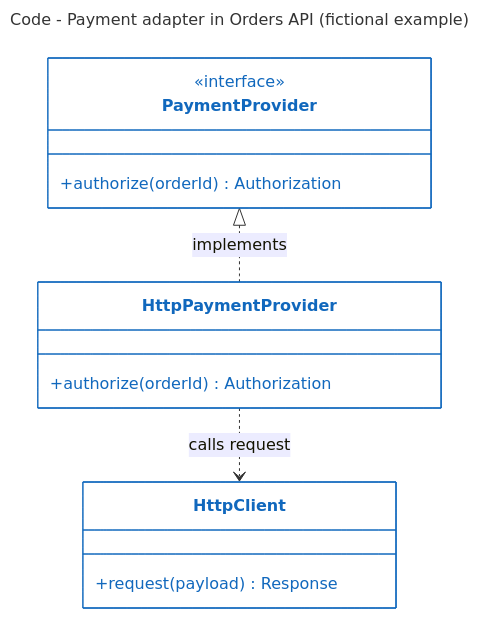
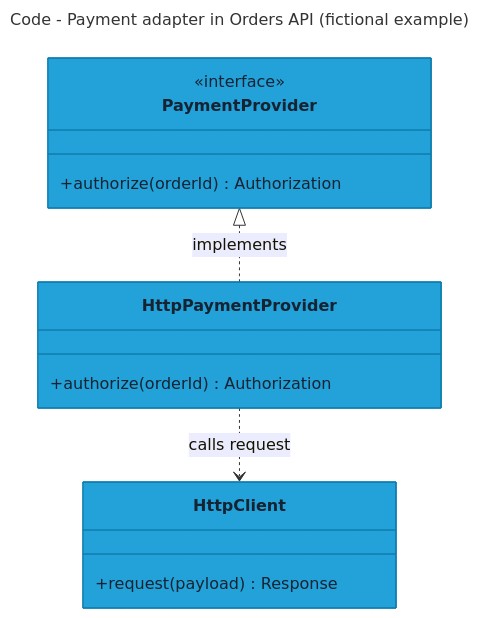
One commit to eccodolf/c4-mermaid changed the diagram in assets/templates/code.mmd. Above: the diagram before and after it, drawn with Mermaid. The commit also changed 134 other files, not shown here.

Commit message:
Require supplied native C4 assets and bundle reusable draw.io library

```diff
--- a/assets/templates/code.mmd
+++ b/assets/templates/code.mmd
@@ -1,25 +1,29 @@
 ---
 title: Code - Payment adapter in Orders API (fictional example)
 ---
 classDiagram
   direction TB
   class PaymentProvider {
     <<interface>>
     +authorize(orderId) Authorization
   }
   class HttpPaymentProvider {
     +authorize(orderId) Authorization
   }
   class HttpClient {
     +request(payload) Response
   }
   PaymentProvider <|.. HttpPaymentProvider : implements
   HttpPaymentProvider ..> HttpClient : calls request
-  style PaymentProvider fill:#FFFFFF,stroke:#1168BD,color:#1168BD
-  style HttpPaymentProvider fill:#FFFFFF,stroke:#1168BD,color:#1168BD
-  style HttpClient fill:#FFFFFF,stroke:#1168BD,color:#1168BD
+  style PaymentProvider fill:#23A2D9,stroke:#0E7DAD,color:#152332
+  style HttpPaymentProvider fill:#23A2D9,stroke:#0E7DAD,color:#152332
+  style HttpClient fill:#23A2D9,stroke:#0E7DAD,color:#152332
 
 %% legend: Scope = the Payment adapter component in Orders API. Boxes show an interface, classes, and selected methods.
 %% legend: Hollow triangle with dashed line = interface realization. Dashed arrow = code dependency.
 %% legend: This is a UML Code view, not a set of new software systems or runtime containers.
 %% legend: Sizes accommodate content and carry no extra architectural meaning. Neutral relationship colors add no extra meaning. Arrowheads indicate the labeled direction.
+
+
+
+%% legend: Exact C4 shapes require the native draw.io companion; Mermaid syntax cannot import the native assets.
```
